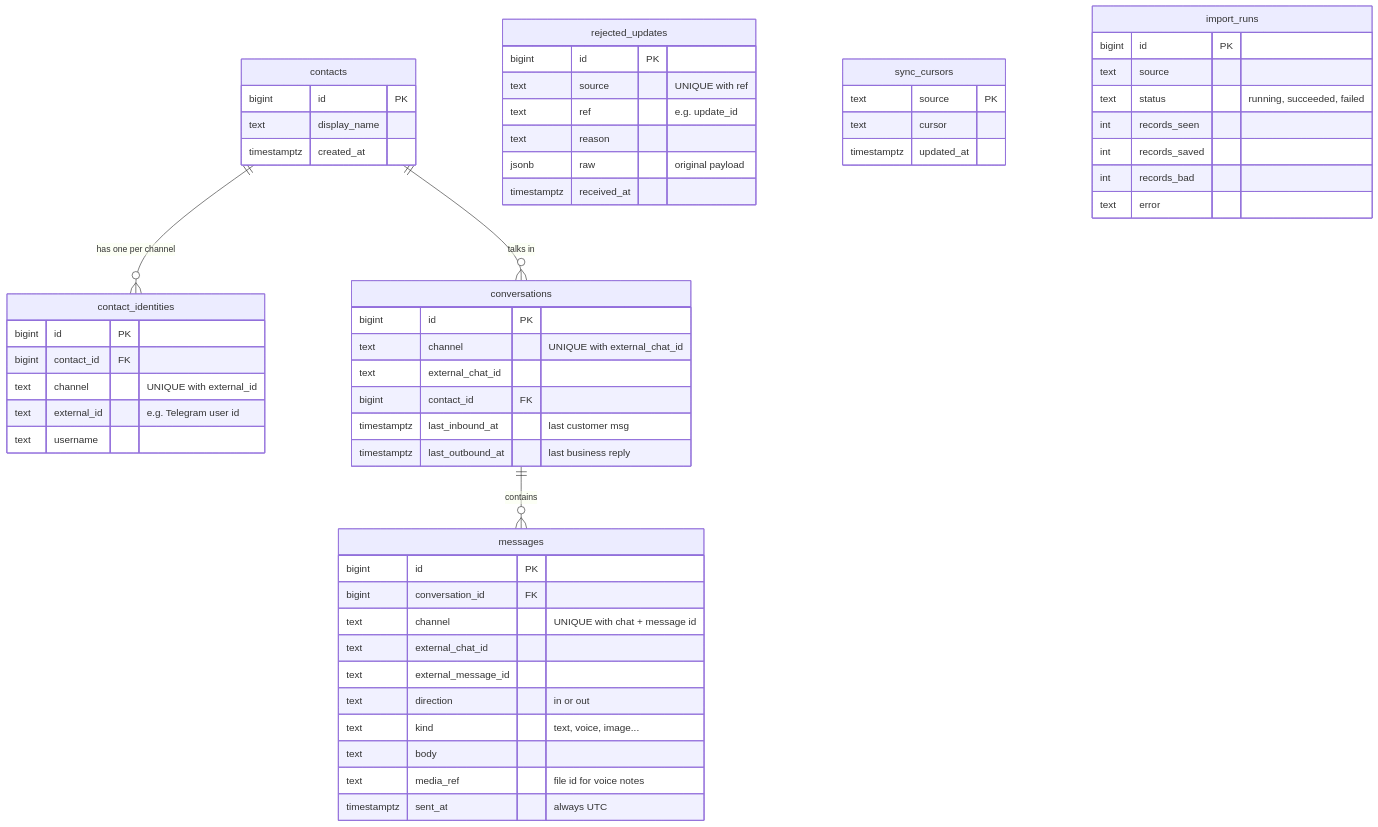
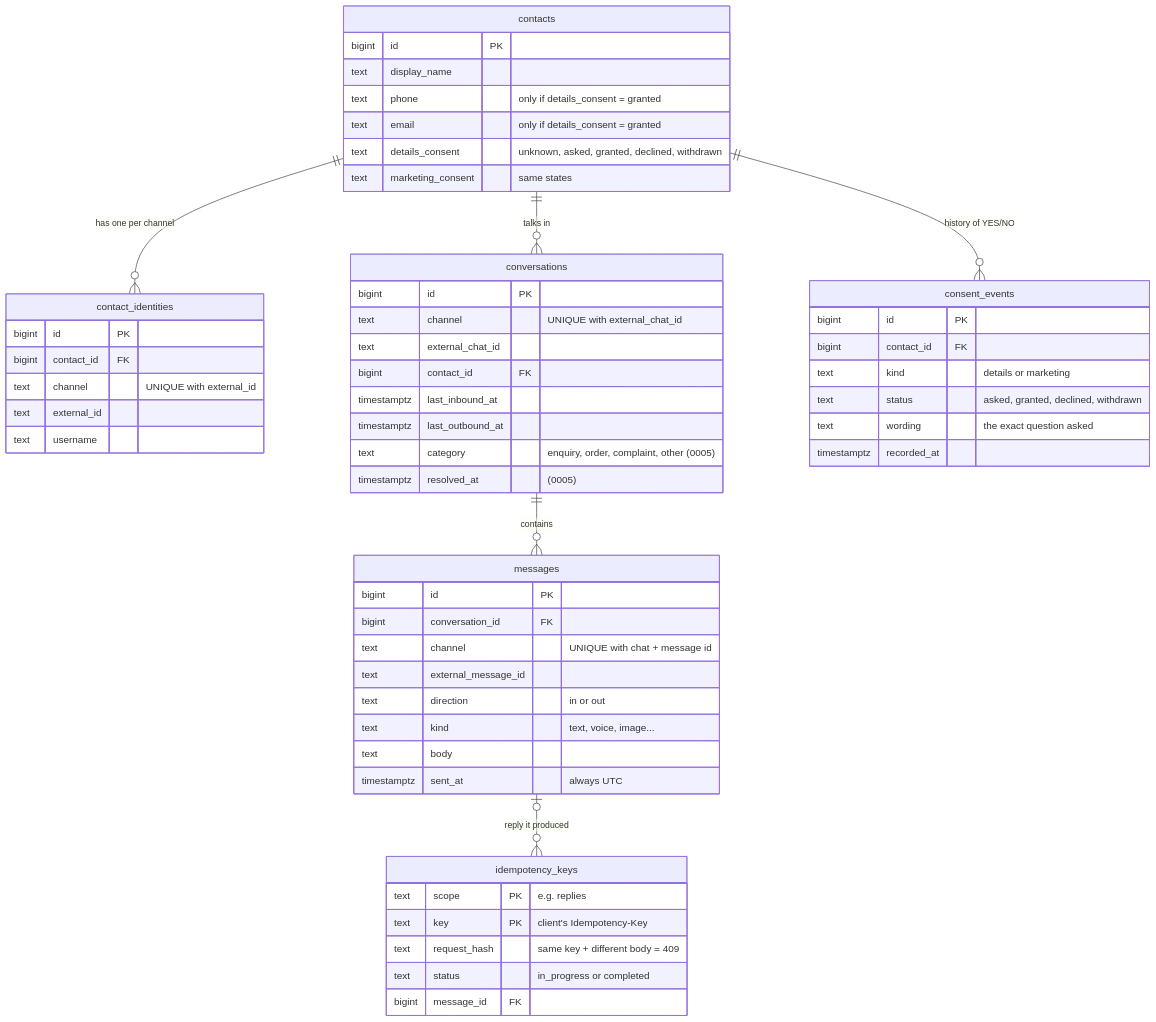
One commit to Ify-O/kiakia changed the sixth of 12 diagrams in docs/ARCHITECTURE.md. Above: the diagram before and after it, drawn with Mermaid. The commit also changed other lines of this file, not shown here.

First line of the commit message:
Architecture doc: API, web, watcher, idempotent replies, consent and demo mode diagrams

````diff
--- a/docs/ARCHITECTURE.md
+++ b/docs/ARCHITECTURE.md
@@ -228,61 +240,59 @@
 ```mermaid
 erDiagram
     contacts ||--o{ contact_identities : "has one per channel"
     contacts ||--o{ conversations : "talks in"
+    contacts ||--o{ consent_events : "history of YES/NO"
     conversations ||--o{ messages : "contains"
+    messages |o--o{ idempotency_keys : "reply it produced"
 
     contacts {
         bigint id PK
         text display_name
-        timestamptz created_at
+        text phone "only if details_consent = granted"
+        text email "only if details_consent = granted"
+        text details_consent "unknown, asked, granted, declined, withdrawn"
+        text marketing_consent "same states"
     }
     contact_identities {
         bigint id PK
         bigint contact_id FK
         text channel "UNIQUE with external_id"
-        text external_id "e.g. Telegram user id"
+        text external_id
         text username
     }
     conversations {
         bigint id PK
         text channel "UNIQUE with external_chat_id"
         text external_chat_id
         bigint contact_id FK
-        timestamptz last_inbound_at "last customer msg"
-        timestamptz last_outbound_at "last business reply"
+        timestamptz last_inbound_at
+        timestamptz last_outbound_at
+        text category "enquiry, order, complaint, other (0005)"
+        timestamptz resolved_at "(0005)"
     }
     messages {
         bigint id PK
         bigint conversation_id FK
         text channel "UNIQUE with chat + message id"
-        text external_chat_id
         text external_message_id
         text direction "in or out"
         text kind "text, voice, image..."
         text body
-        text media_ref "file id for voice notes"
         timestamptz sent_at "always UTC"
     }
-    rejected_updates {
+    consent_events {
         bigint id PK
-        text source "UNIQUE with ref"
-        text ref "e.g. update_id"
-        text reason
-        jsonb raw "original payload"
-        timestamptz received_at
+        bigint contact_id FK
+        text kind "details or marketing"
+        text status "asked, granted, declined, withdrawn"
+        text wording "the exact question asked"
+        timestamptz recorded_at
     }
-    sync_cursors {
-        text source PK
-        text cursor
-        timestamptz updated_at
-    }
-    import_runs {
-        bigint id PK
-        text source
-        text status "running, succeeded, failed"
-        int records_seen
-        int records_saved
-        int records_bad
-        text error
+    idempotency_keys {
+        text scope PK "e.g. replies"
+        text key PK "client's Idempotency-Key"
+        text request_hash "same key + different body = 409"
+        text status "in_progress or completed"
+        bigint message_id FK
     }
 ```
````
